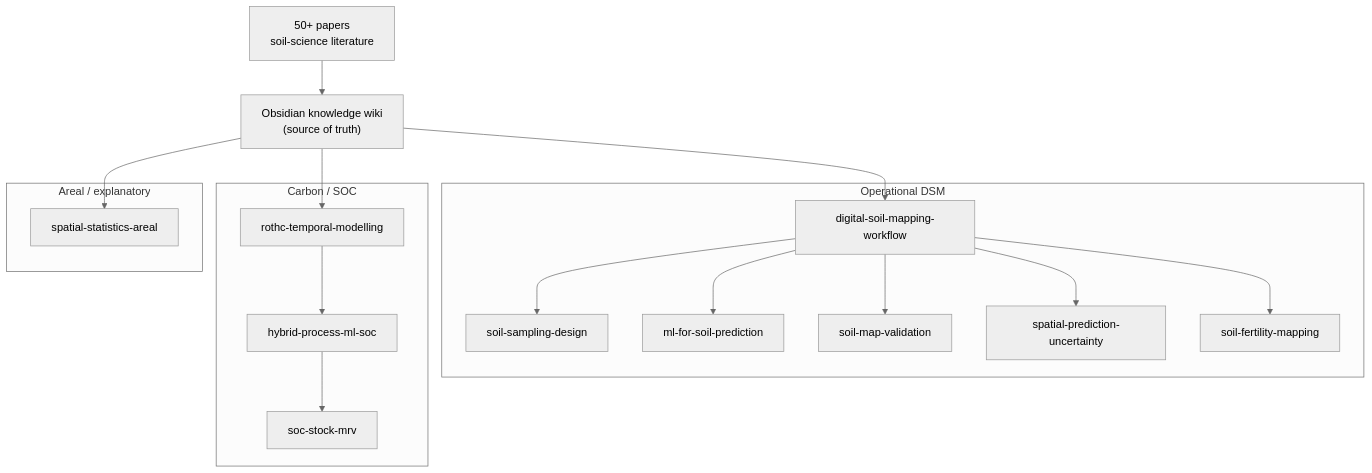
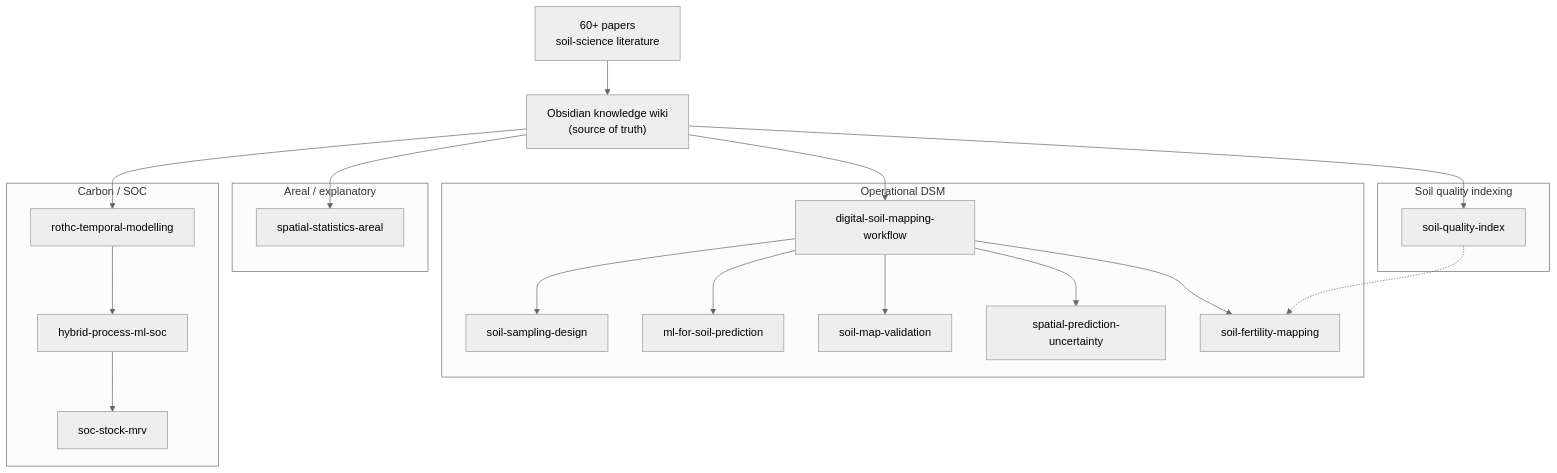
One commit to ccarbajal16/soil-dsm-skills changed the diagram in README.md. Above: the diagram before and after it, drawn with Mermaid (neutral theme). The commit also changed other lines of this file and 5 other files, not shown here.

Commit message:
feat: add soil-quality-index skill (SQI/SHI indexing) and sixth soil-quality domain (v0.5.0)

````diff
--- a/README.md
+++ b/README.md
@@ -18,24 +18,30 @@
 ```mermaid
 flowchart TD
-    LIT["50+ papers<br/>soil-science literature"] --> WIKI["Obsidian knowledge wiki<br/>(source of truth)"]
+    LIT["60+ papers<br/>soil-science literature"] --> WIKI["Obsidian knowledge wiki<br/>(source of truth)"]
     WIKI --> DSM["digital-soil-mapping-workflow"]
 
     subgraph OP["Operational DSM"]
         DSM --> SAMP["soil-sampling-design"]
         DSM --> ML["ml-for-soil-prediction"]
         DSM --> VAL["soil-map-validation"]
         DSM --> UNC["spatial-prediction-uncertainty"]
         DSM --> FERT["soil-fertility-mapping"]
     end
 
     subgraph CARB["Carbon / SOC"]
         ROTHC["rothc-temporal-modelling"] --> HYB["hybrid-process-ml-soc"] --> MRV["soc-stock-mrv"]
     end
 
     subgraph AREAL["Areal / explanatory"]
         AREA["spatial-statistics-areal"]
     end
 
+    subgraph INDEX["Soil quality indexing"]
+        SQI["soil-quality-index"]
+    end
+
     WIKI --> ROTHC
     WIKI --> AREA
+    WIKI --> SQI
+    SQI -.-> FERT
 ```
````
